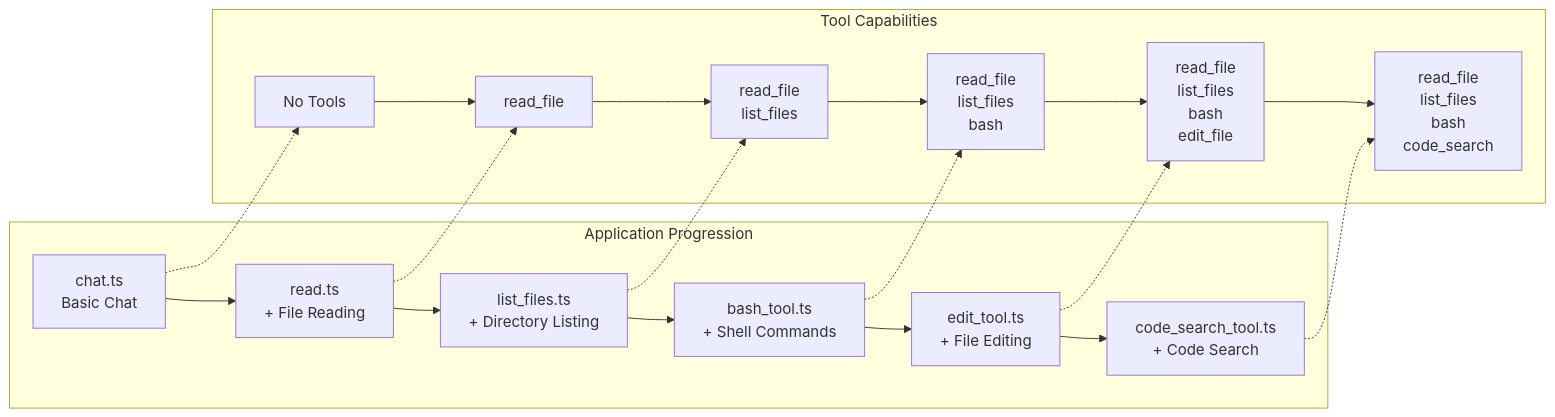
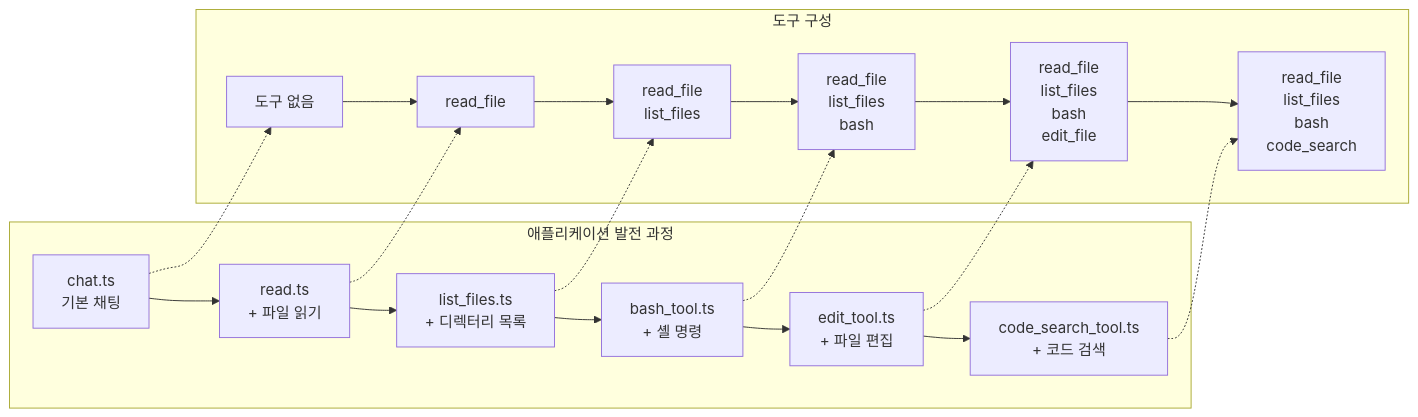
The first of 2 diagrams in README.md (hokyunrhee/agent), drawn with Mermaid before and after one commit. The commit also changed other lines of this file and 1 other file, not shown here.

````diff
--- a/README.md
+++ b/README.md
@@ -38,25 +40,25 @@
 ```mermaid
 graph LR
-    subgraph "Application Progression"
-        A[chat.ts<br/>Basic Chat] --> B[read.ts<br/>+ File Reading]
-        B --> C[list_files.ts<br/>+ Directory Listing]
-        C --> D[bash_tool.ts<br/>+ Shell Commands]
-        D --> E[edit_tool.ts<br/>+ File Editing]
-        E --> F[code_search_tool.ts<br/>+ Code Search]
+    subgraph "애플리케이션 발전 과정"
+        A[chat.ts<br/>기본 채팅] --> B[read.ts<br/>+ 파일 읽기]
+        B --> C[list_files.ts<br/>+ 디렉터리 목록]
+        C --> D[bash_tool.ts<br/>+ 셸 명령]
+        D --> E[edit_tool.ts<br/>+ 파일 편집]
+        E --> F[code_search_tool.ts<br/>+ 코드 검색]
     end
     
-    subgraph "Tool Capabilities"
-        G[No Tools] --> H[read_file]
+    subgraph "도구 구성"
+        G[도구 없음] --> H[read_file]
         H --> I[read_file<br/>list_files]
         I --> J[read_file<br/>list_files<br/>bash]
         J --> K[read_file<br/>list_files<br/>bash<br/>edit_file]
         K --> L[read_file<br/>list_files<br/>bash<br/>code_search]
     end
     
     A -.-> G
     B -.-> H
     C -.-> I
     D -.-> J
     E -.-> K
     F -.-> L
 ```
````
